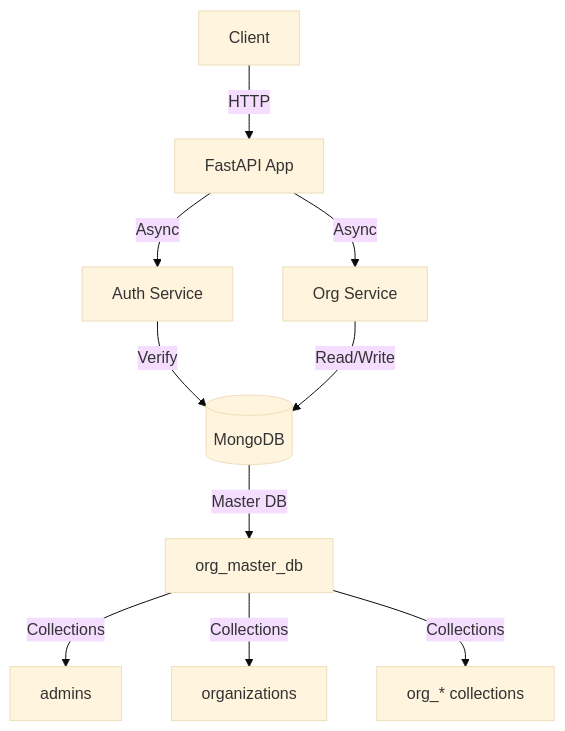
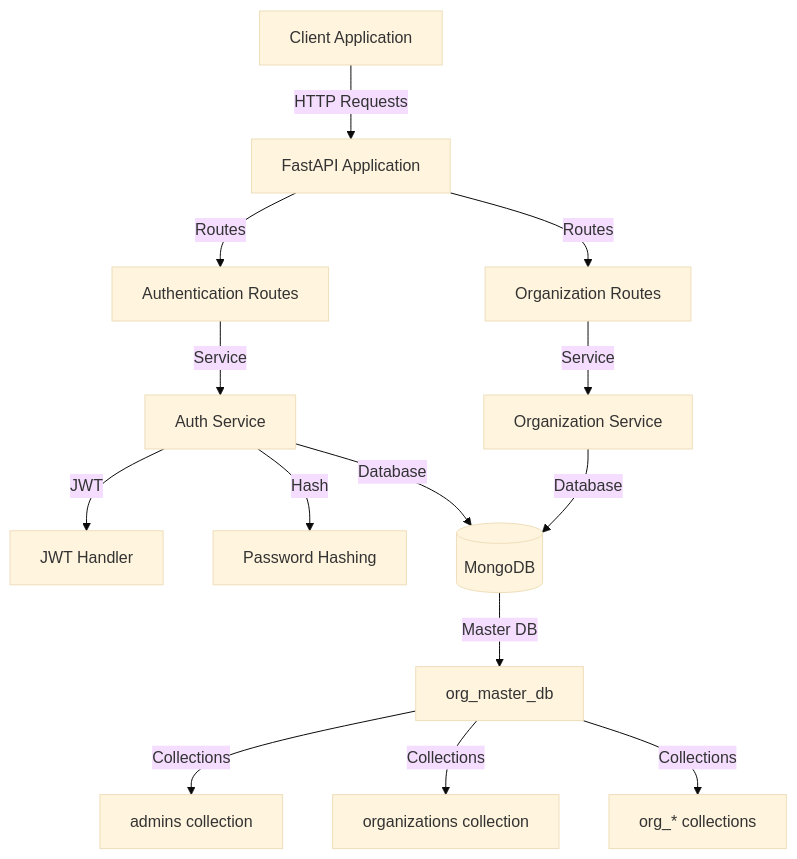
The diagram in README.md (codersudharshan/Organization-Management-Service-), drawn with Mermaid (base theme) before and after one commit. The commit also changed other lines of this file, not shown here.

````diff
--- a/README.md
+++ b/README.md
@@ -159,12 +80,16 @@
 ```mermaid
 graph TB
-    Client[Client] -->|HTTP| API[FastAPI App]
-    API -->|Async| Auth[Auth Service]
-    API -->|Async| Org[Org Service]
-    Auth -->|Verify| DB[(MongoDB)]
-    Org -->|Read/Write| DB
+    Client[Client Application] -->|HTTP Requests| API[FastAPI Application]
+    API -->|Routes| Auth[Authentication Routes]
+    API -->|Routes| Org[Organization Routes]
+    Auth -->|Service| AuthService[Auth Service]
+    Org -->|Service| OrgService[Organization Service]
+    AuthService -->|JWT| JWT[JWT Handler]
+    AuthService -->|Hash| Hash[Password Hashing]
+    OrgService -->|Database| DB[(MongoDB)]
+    AuthService -->|Database| DB
     DB -->|Master DB| Master[org_master_db]
-    Master -->|Collections| Admins[admins]
-    Master -->|Collections| Orgs[organizations]
+    Master -->|Collections| Admins[admins collection]
+    Master -->|Collections| Orgs[organizations collection]
     Master -->|Collections| OrgColls[org_* collections]
 ```
````
